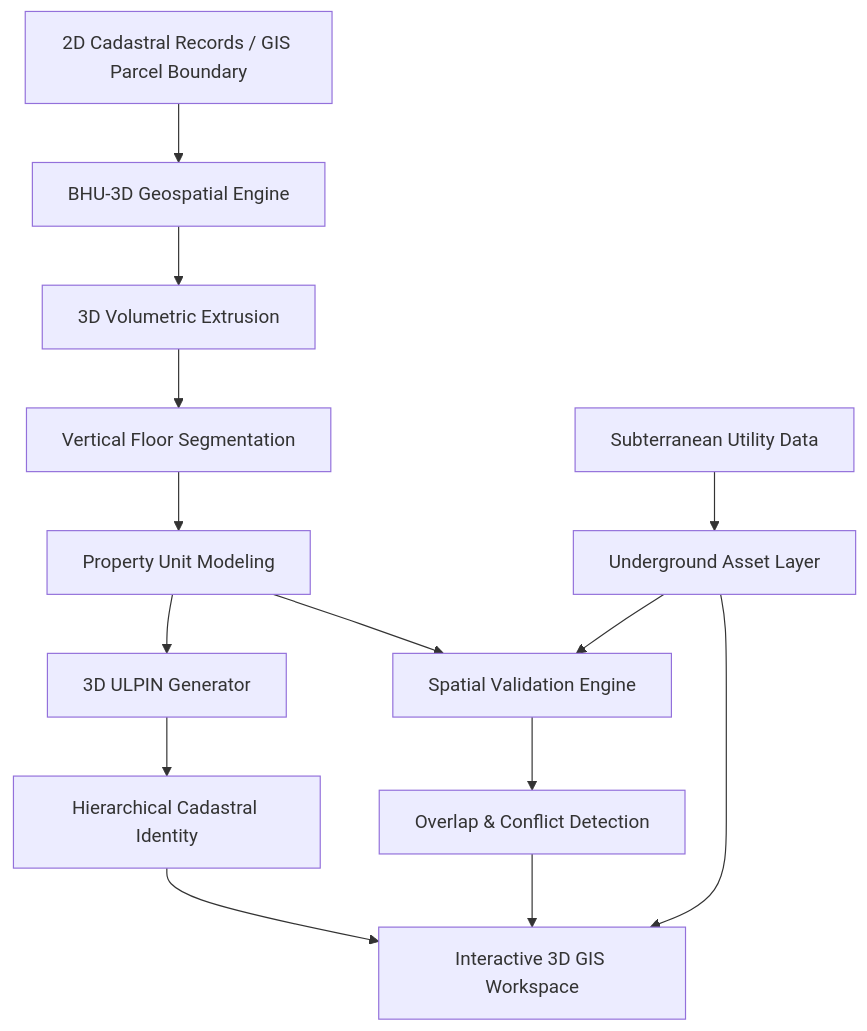
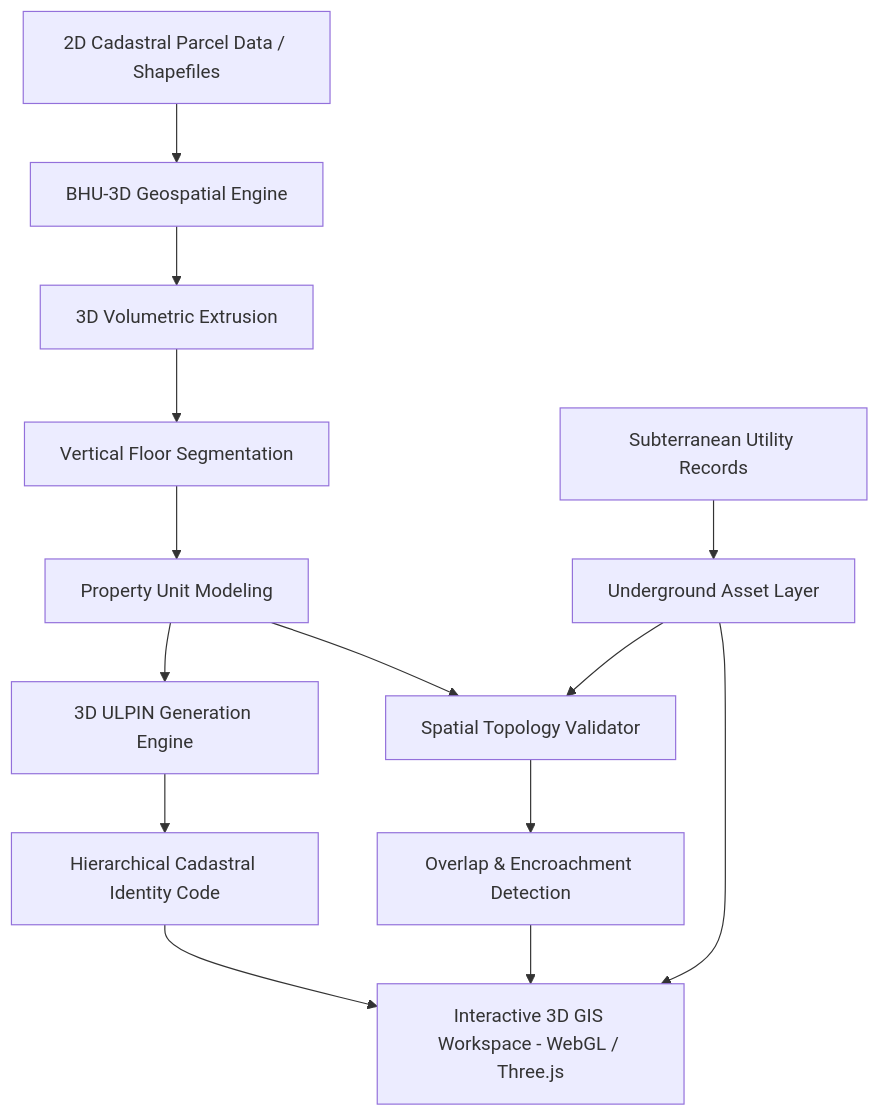
The diagram in README.md (AICyberShubham/geo-identity-stack), drawn with Mermaid before and after one commit. The commit also changed other lines of this file and 8 other files, not shown here.

````diff
--- a/README.md
+++ b/README.md
@@ -85,20 +39,20 @@
 ```mermaid
 graph TD
-    A[2D Cadastral Records / GIS Parcel Boundary] --> B[BHU-3D Geospatial Engine]
+    A[2D Cadastral Parcel Data / Shapefiles] --> B[BHU-3D Geospatial Engine]
     B --> C[3D Volumetric Extrusion]
     C --> D[Vertical Floor Segmentation]
     D --> E[Property Unit Modeling]
 
-    E --> F[3D ULPIN Generator]
-    F --> G[Hierarchical Cadastral Identity]
+    E --> F[3D ULPIN Generation Engine]
+    F --> G[Hierarchical Cadastral Identity Code]
 
-    E --> H[Spatial Validation Engine]
-    H --> I[Overlap & Conflict Detection]
+    E --> H[Spatial Topology Validator]
+    H --> I[Overlap & Encroachment Detection]
 
-    J[Subterranean Utility Data] --> K[Underground Asset Layer]
+    J[Subterranean Utility Records] --> K[Underground Asset Layer]
     K --> H
 
-    G --> L[Interactive 3D GIS Workspace]
+    G --> L[Interactive 3D GIS Workspace - WebGL / Three.js]
     I --> L
     K --> L
 ```
````
